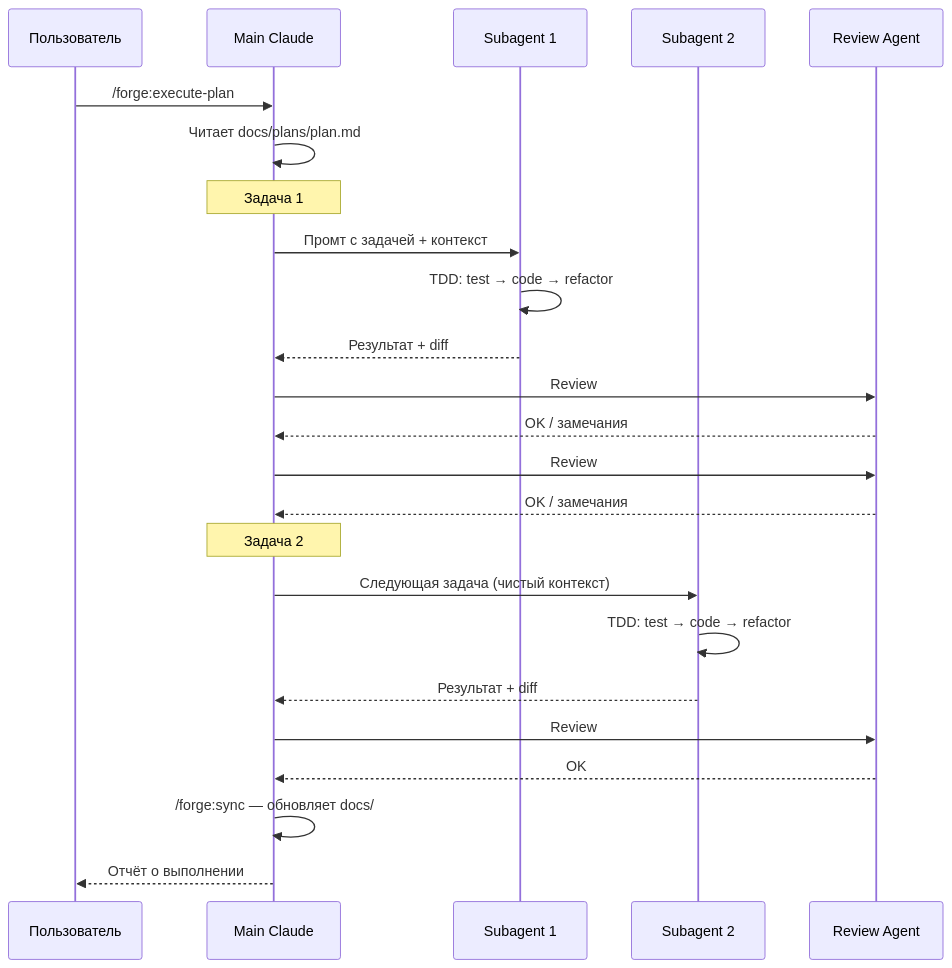
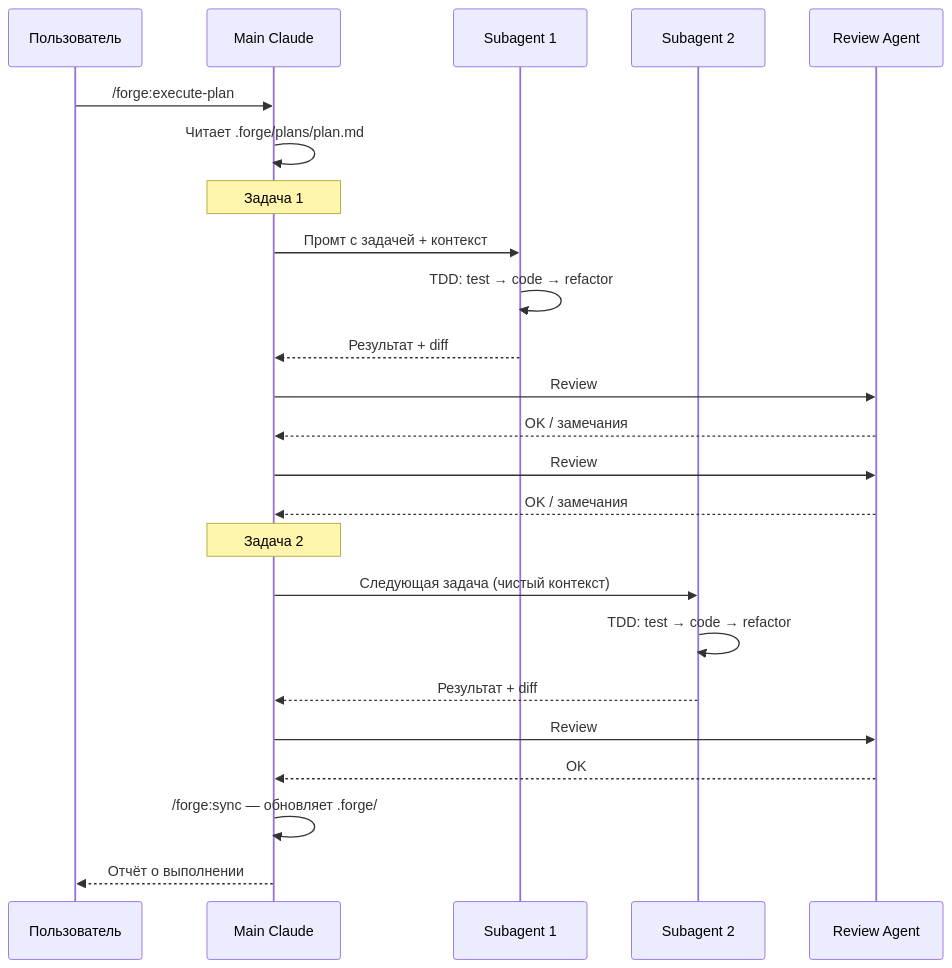
Before and after one commit to anton-ai5010/forge: the fourth of 5 diagrams in forge-plugin/docs/forge-runtime-flow.md, drawn with Mermaid. The commit also changed other lines of this file and 42 other files, not shown here.

````diff
--- a/forge-plugin/docs/forge-runtime-flow.md
+++ b/forge-plugin/docs/forge-runtime-flow.md
@@ -106,32 +106,32 @@
 ```mermaid
 sequenceDiagram
     participant U as Пользователь
     participant M as Main Claude
     participant S1 as Subagent 1
     participant S2 as Subagent 2
     participant R as Review Agent
 
     U->>M: /forge:execute-plan
-    M->>M: Читает docs/plans/plan.md
+    M->>M: Читает .forge/plans/plan.md
     
     Note over M: Задача 1
     M->>S1: Промт с задачей + контекст
     S1->>S1: TDD: test → code → refactor
     S1-->>M: Результат + diff
 
     M->>R: Review #1: соответствие спеке
     R-->>M: OK / замечания
     M->>R: Review #2: качество кода
     R-->>M: OK / замечания
     
     Note over M: Задача 2
     M->>S2: Следующая задача (чистый контекст)
     S2->>S2: TDD: test → code → refactor
     S2-->>M: Результат + diff
 
     M->>R: Review #1 + #2
     R-->>M: OK
 
-    M->>M: /forge:sync — обновляет docs/
+    M->>M: /forge:sync — обновляет .forge/
     M-->>U: Отчёт о выполнении
 ```
````
